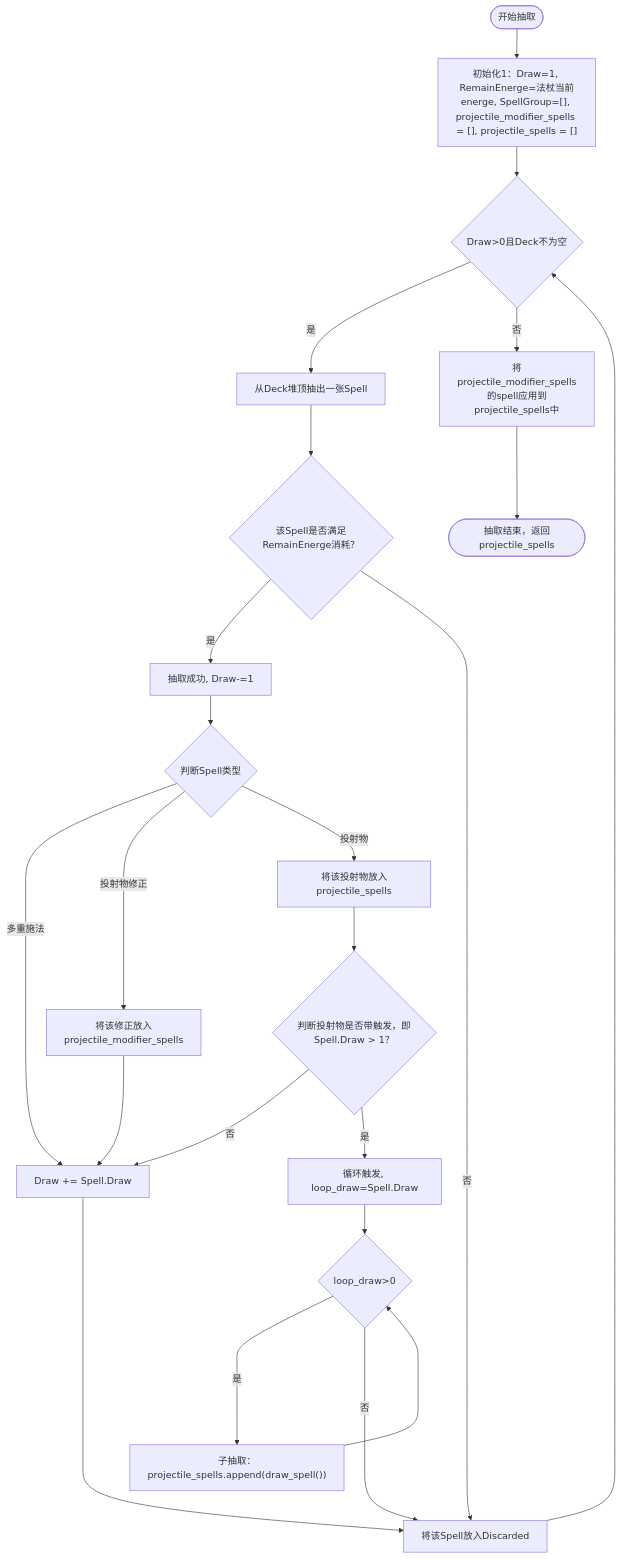
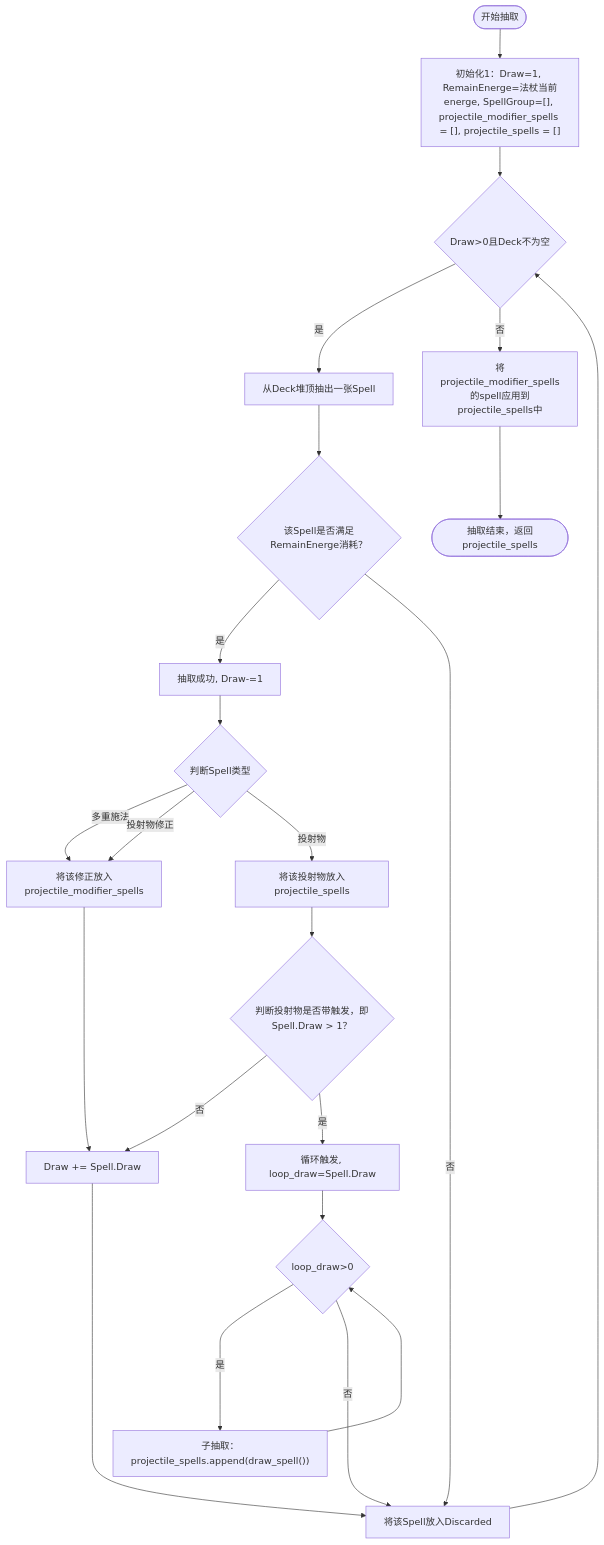
The diagram in 法杖抽取过程.md (chiangwanyi/Zombie-Survivors), drawn with Mermaid before and after one commit. The commit also changed 7 other files, not shown here.

````diff
--- a/法杖抽取过程.md
+++ b/法杖抽取过程.md
@@ -4,24 +4,25 @@
 ```mermaid
 flowchart TD
     Start(["开始抽取"]) --> 初始化1["初始化1：Draw=1, RemainEnerge=法杖当前energe, SpellGroup=[], projectile_modifier_spells = [], projectile_spells = []"]
     初始化1 --> 循环判断{"Draw>0且Deck不为空"}
     循环判断 --> |是| Deck抽牌["从Deck堆顶抽出一张Spell"]
     Deck抽牌 --> energe判断{"该Spell是否满足RemainEnerge消耗？"}
     energe判断 --> |是| 抽取成功["抽取成功, Draw-=1"]
     energe判断 --> |否| Spell入Discared["将该Spell放入Discarded"] --> 循环判断
     抽取成功 --> 判断Spell类型{"判断Spell类型"}
-    判断Spell类型 --> |多重施法| 计算Draw["Draw += Spell.Draw"]
+    计算Draw["Draw += Spell.Draw"]
+    判断Spell类型 --> |多重施法| 记录投射修正
     判断Spell类型 --> |投射物修正| 记录投射修正["将该修正放入projectile_modifier_spells"]
     判断Spell类型 --> |投射物| 记录投射物["将该投射物放入projectile_spells"]
     记录投射物 --> 判断投射物是否带触发{"判断投射物是否带触发，即Spell.Draw > 1？"}
     判断投射物是否带触发 --> |否| 计算Draw
     判断投射物是否带触发 --> |是| 循环触发["循环触发, loop_draw=Spell.Draw"]
     循环触发 --> 判断子抽取{"loop_draw>0"}
     判断子抽取 --> |是| 子抽取["子抽取：projectile_spells.append(draw_spell())"]
     判断子抽取 --> |否| Spell入Discared
     子抽取 ----> 判断子抽取
     记录投射修正 --> 计算Draw
     计算Draw ------> Spell入Discared
     循环判断 --> |否| 填装修正[将projectile_modifier_spells的spell应用到projectile_spells中]
     填装修正 --> End(["抽取结束，返回projectile_spells"])
 ```
````
